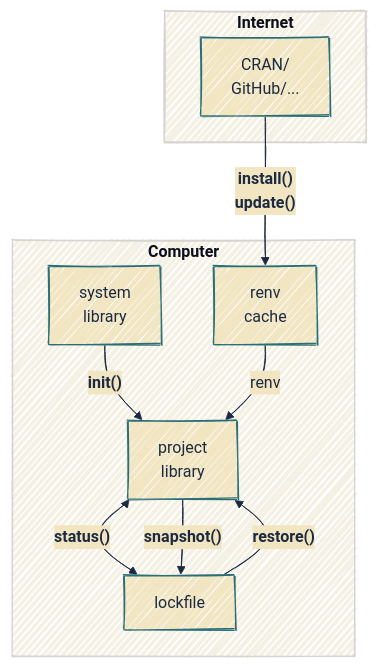
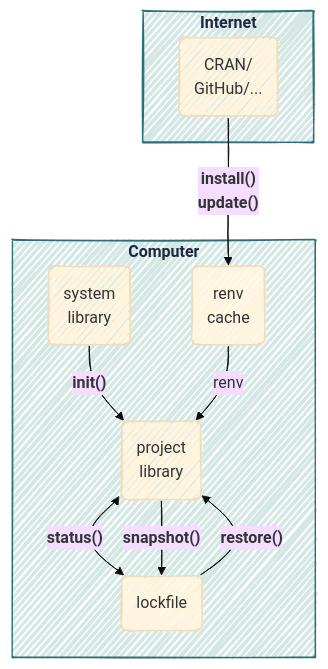
Before and after one commit to mjfrigaard/do4ds-labs: the first of 2 diagrams in lab01.qmd, drawn with Mermaid. The commit also changed other lines of this file and 37 other files, not shown here.

Commit message:
updates to mermaid

````diff
--- a/lab01.qmd
+++ b/lab01.qmd
@@ -161,41 +161,44 @@
 ```{mermaid}
 %%| fig-cap: 'renv'
 %%| fig-align: center
-%%{init: {'theme': 'base', 'look': 'handDrawn', 'themeVariables': { 'fontFamily': 'monospace', "fontSize":"16px", 'primaryColor': '#F2E6C2', 'primaryBorderColor': '#2A6F77', 'primaryTextColor': '#1B2A41', 'secondaryColor': '#d4e7e4', 'tertiaryColor': '#f5f0e4', 'lineColor': '#1B2A41', 'edgeLabelBackground': '#F2E6C2'}}}%%
+%%{init: {'theme': 'base', 'look': 'handDrawn', 'themeVariables': {'fontFamily': 'monospace'}}}%%
 
 flowchart TD
     %% External sources
-    CRAN["CRAN/<br/>GitHub/..."]
+    CRAN("CRAN/<br>GitHub/...")
     
     %% Local components
-    SysLib["system<br/>library"]
-    ProjLib["project<br/>library"]
-    RenvCache["renv<br/>cache"]
-    Lockfile["lockfile"]
+    SysLib("system<br>library")
+    ProjLib("project<br>library")
+    RenvCache("renv<br>cache")
+    Lockfile("lockfile")
     
     %% Subgraph for "your computer" vs "the internet"
     subgraph Internet ["<strong>Internet</strong>"]
         CRAN
     end
     
     subgraph Computer ["<strong>Computer</strong>"]
         SysLib
         ProjLib
         RenvCache
         Lockfile
     end
     
     %% Connections with function labels
     SysLib -->|"<strong>init()<strong>"| ProjLib
     
-    CRAN -->|"<strong>install()</strong><br/><strong>update()</strong>"| RenvCache
+    CRAN -->|"<strong>install()</strong><br><strong>update()</strong>"| RenvCache
     RenvCache -->|"renv"| ProjLib
     
     ProjLib <-->|"<strong>status()</strong>"| Lockfile
     ProjLib -->|"<strong>snapshot()</strong>"| Lockfile
     Lockfile -->|"<strong>restore()</strong>"| ProjLib
     
-    %% Styling
+    %% styling
+    %% classDef default fill:#F2E6C2,stroke:#2A6F77,color:#1B2A41
+    style Internet fill:#d4e7e4,stroke:#2A6F77,color:#1B2A41
+    style Computer fill:#d4e7e4,stroke:#2A6F77,color:#1B2A41
     
     
 ```
````
